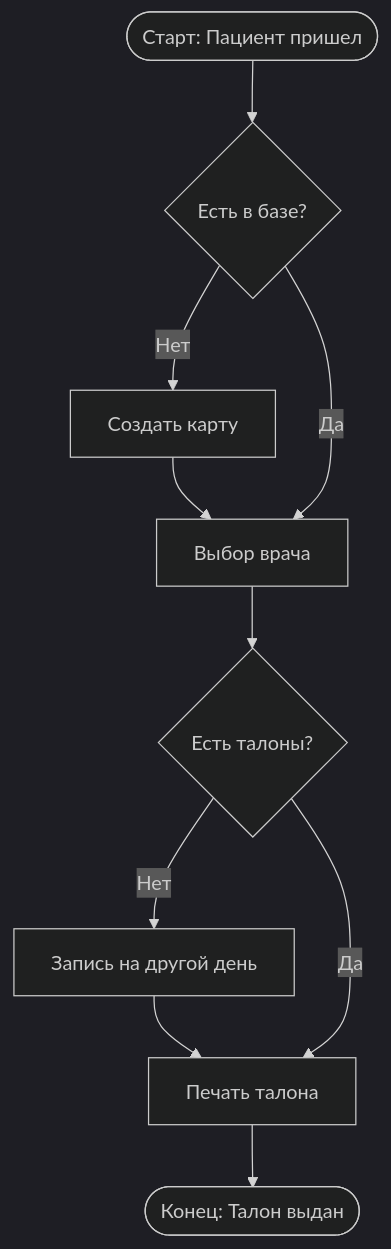
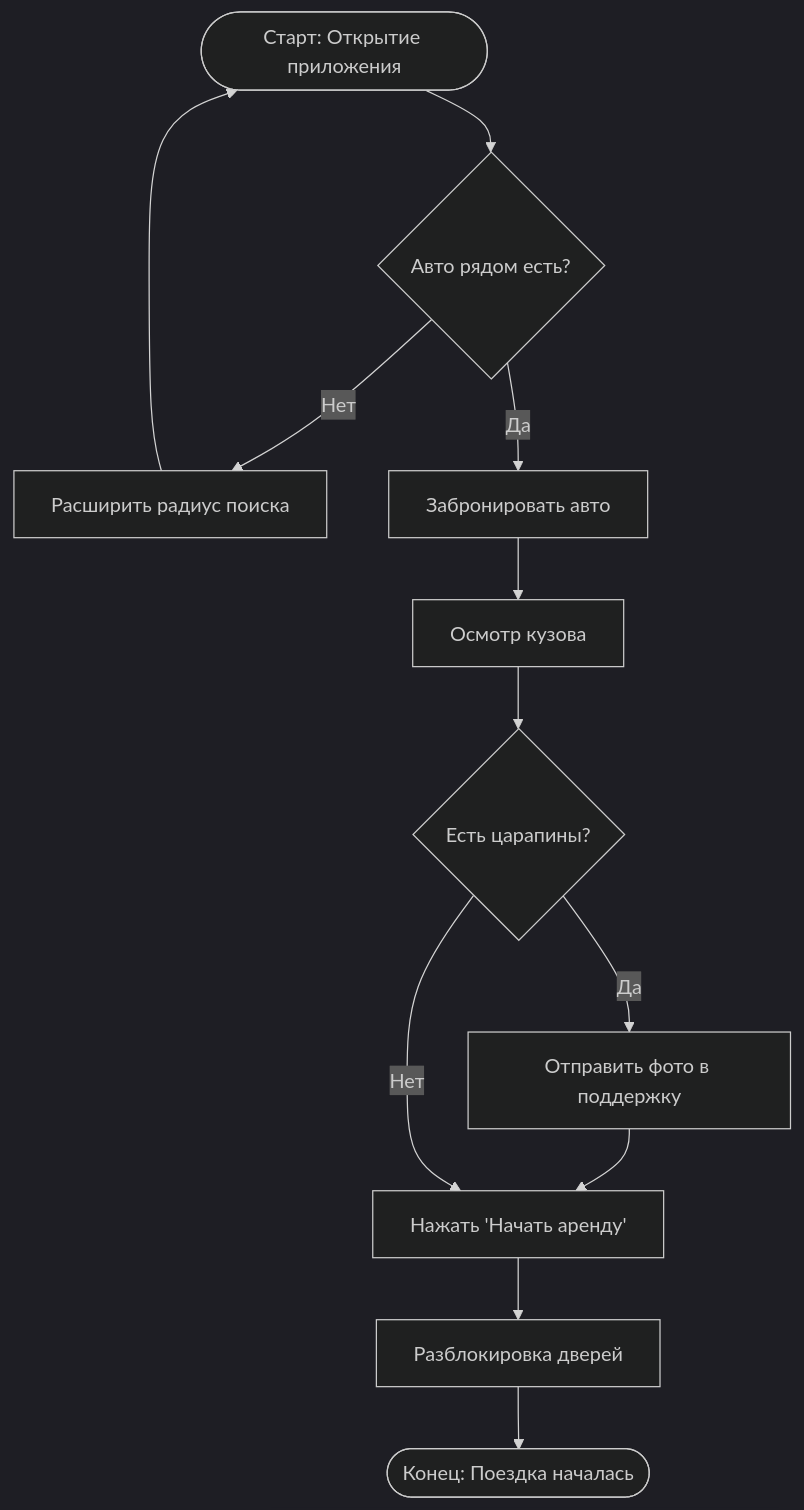
Before and after one commit to Bakudzan/visual-programming-labs-Puzhuk: the diagram in lab1/docs/flowchart.md, drawn with Mermaid (dark theme).

Commit message:
Fix Mermaid formatting

````diff
--- a/lab1/docs/flowchart.md
+++ b/lab1/docs/flowchart.md
@@ -1,10 +1,12 @@
 ```mermaid
 flowchart TD
-    Start([Старт: Пациент пришел]) --> Check{Есть в базе?}
-    Check -- Нет --> Create[Создать карту] --> ChooseDoc
-    Check -- Да --> ChooseDoc[Выбор врача]
-    ChooseDoc --> CheckSlots{Есть талоны?}
-    CheckSlots -- Нет --> OtherDay[Запись на другой день] --> Print
-    CheckSlots -- Да --> Print[Печать талона]
-    Print --> Finish([Конец: Талон выдан])
+    Start([Старт: Открытие приложения]) --> CheckCars{Авто рядом есть?}
+    CheckCars -- Нет --> SearchMore[Расширить радиус поиска] --> Start
+    CheckCars -- Да --> Book[Забронировать авто]
+    Book --> Inspect[Осмотр кузова]
+    Inspect --> CheckDamage{Есть царапины?}
+    CheckDamage -- Да --> SendPhoto[Отправить фото в поддержку] --> Unlock
+    CheckDamage -- Нет --> Unlock[Нажать 'Начать аренду']
+    Unlock --> OpenDoors[Разблокировка дверей]
+    OpenDoors --> Finish([Конец: Поездка началась])
 ```
````
